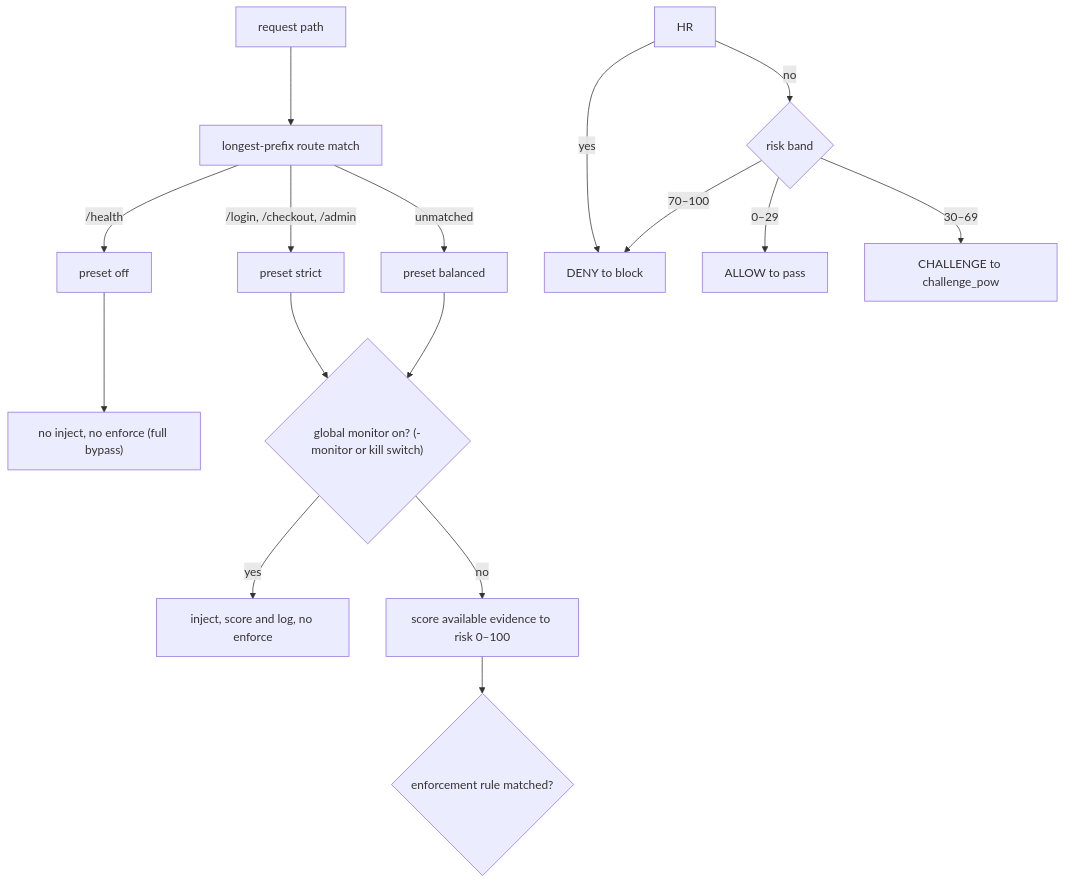
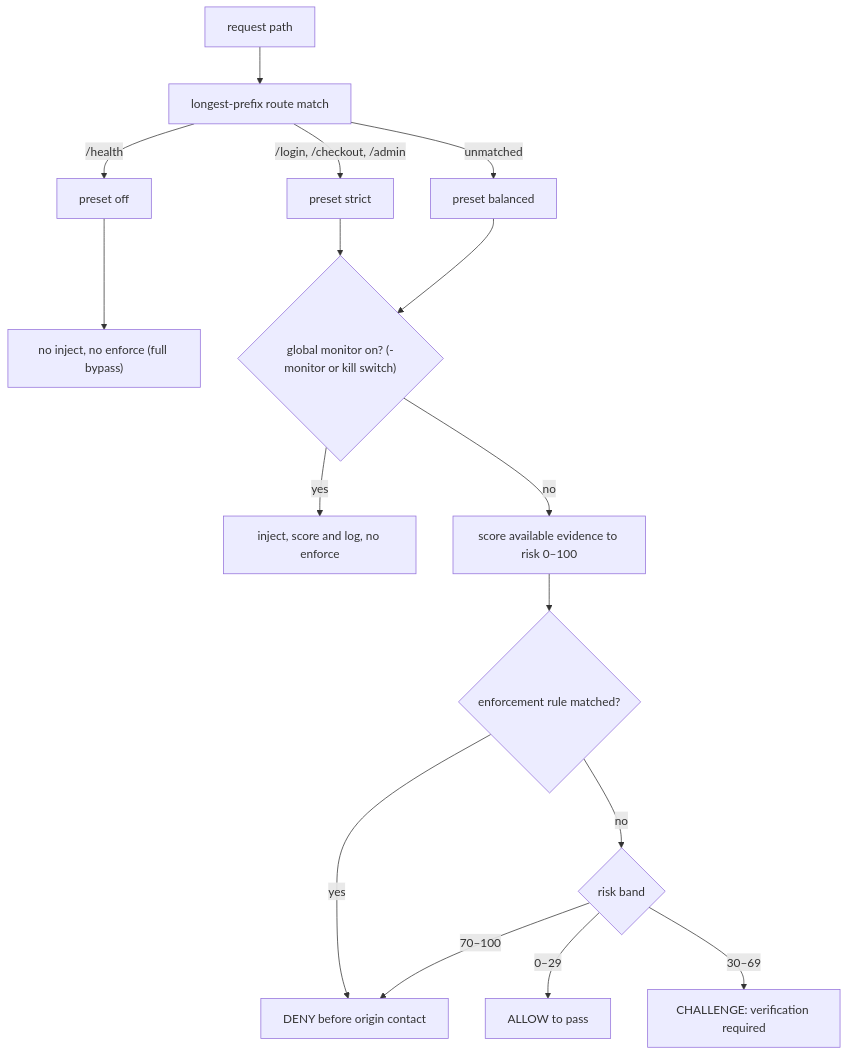
The diagram in docs/reference/cli-config-policy.md (modootoday/humanymous), drawn with Mermaid before and after one commit. The commit also changed other lines of this file and 77 other files, not shown here.

````diff
--- a/docs/reference/cli-config-policy.md
+++ b/docs/reference/cli-config-policy.md
@@ -146,18 +146,18 @@
 ```mermaid
 flowchart TD
   A["request path"] --> B["longest-prefix route match"]
   B -->|"/login, /checkout, /admin"| P1["preset strict"]
   B -->|"/health"| P0["preset off"]
   B -->|"unmatched"| P2["preset balanced"]
   P0 --> BYP["no inject, no enforce (full bypass)"]
   P1 --> GM{"global monitor on? (-monitor or kill switch)"}
   P2 --> GM
   GM -->|"yes"| MON["inject, score and log, no enforce"]
   GM -->|"no"| SC["score available evidence to risk 0–100"]
   SC --> Rule{"enforcement rule matched?"}
-  HR -->|"yes"| DN["DENY to block"]
-  HR -->|"no"| VB{"risk band"}
+  Rule -->|"yes"| DN["DENY before origin contact"]
+  Rule -->|"no"| VB{"risk band"}
   VB -->|"0–29"| AL["ALLOW to pass"]
-  VB -->|"30–69"| CHV["CHALLENGE to challenge_pow"]
+  VB -->|"30–69"| CHV["CHALLENGE: verification required"]
   VB -->|"70–100"| DN
 ```
````
